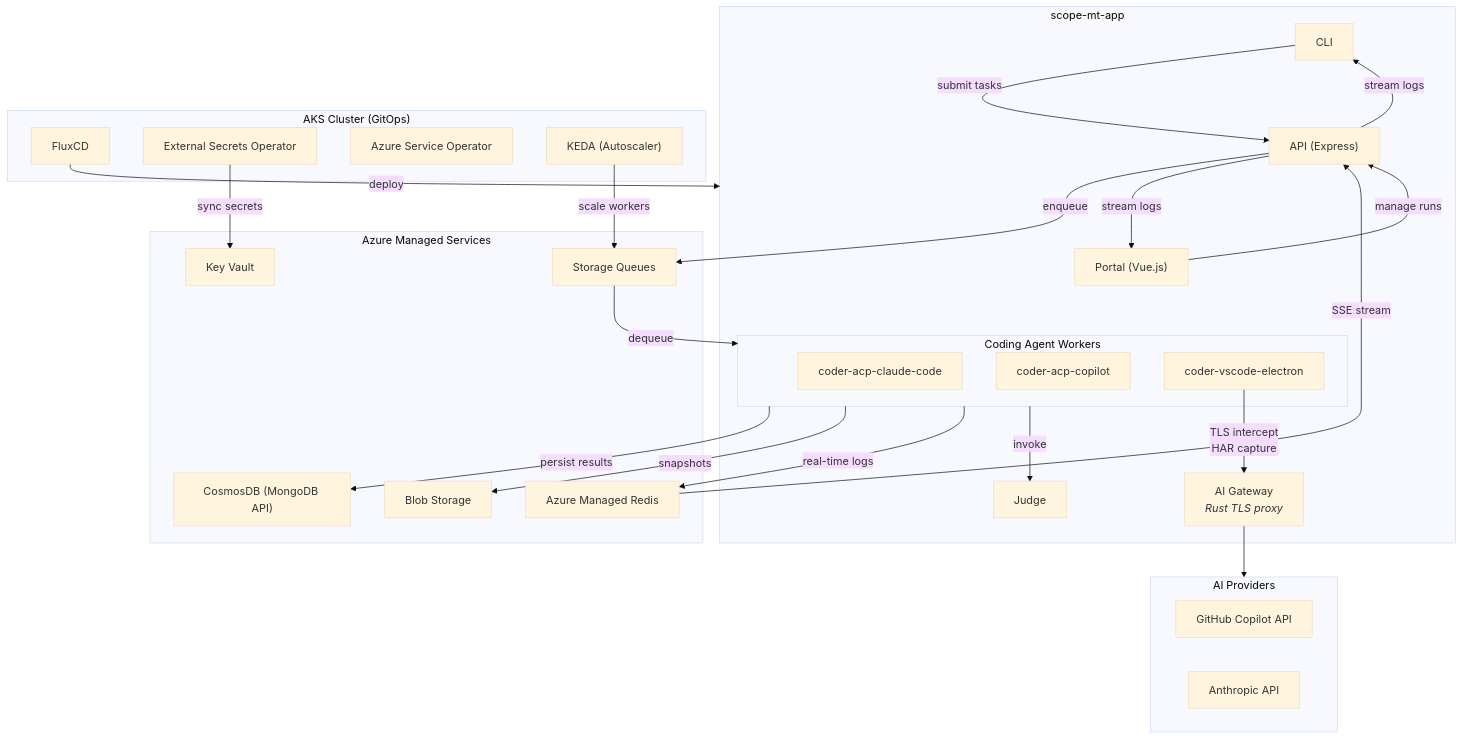
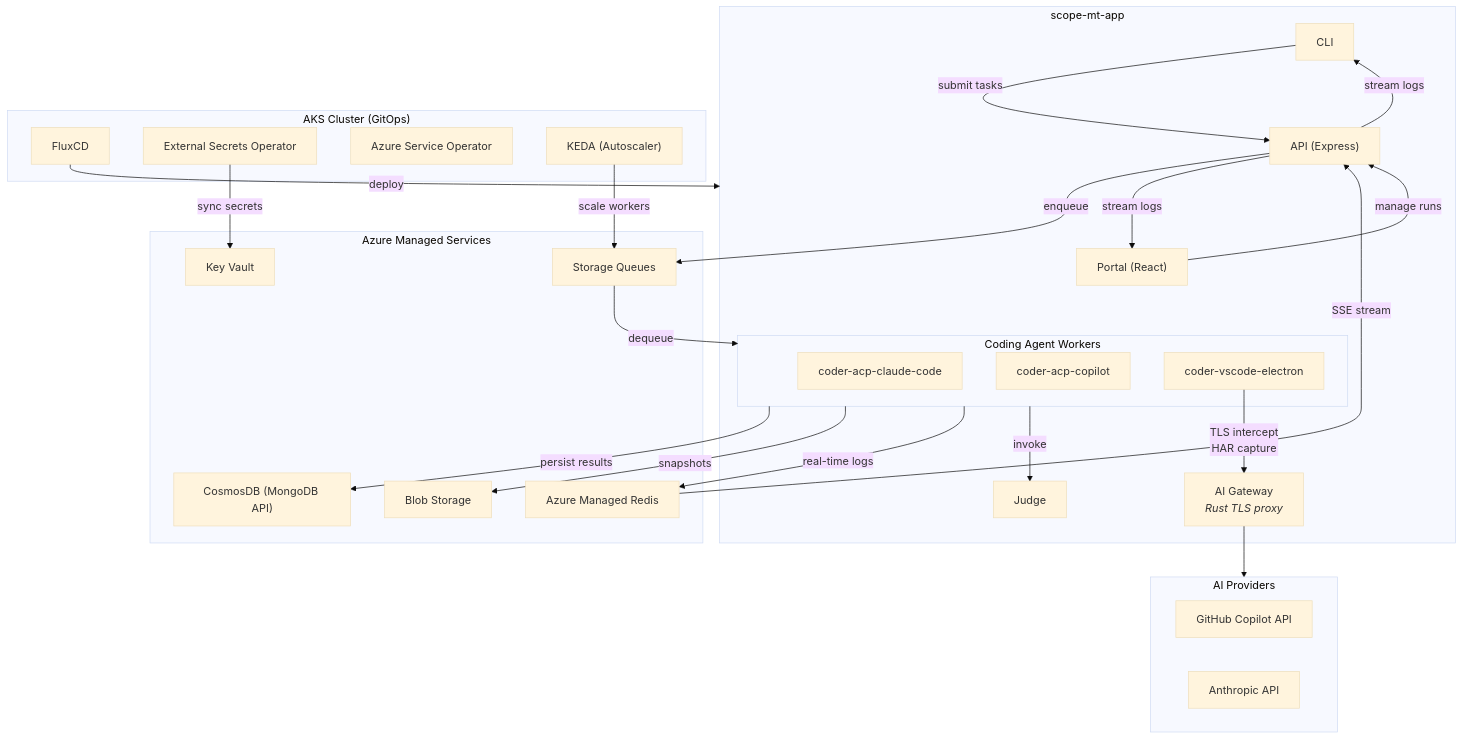
Before and after one commit to Gile987/scope: the diagram in docs/architecture/overview.md, drawn with Mermaid (base theme). The commit also changed other lines of this file and 5 other files, not shown here.

````diff
--- a/docs/architecture/overview.md
+++ b/docs/architecture/overview.md
@@ -9,52 +9,52 @@
 ```mermaid
 flowchart TB
     subgraph App["scope-mt-app"]
         CLI["CLI"]
-        Portal["Portal (Vue.js)"]
+        Portal["Portal (React)"]
         API["API (Express)"]
         Judge["Judge"]
         GW["AI Gateway<br/><i>Rust TLS proxy</i>"]
         subgraph Workers["Coding Agent Workers"]
             Claude["coder-acp-claude-code"]
             Copilot["coder-acp-copilot"]
             VSCodeElectron["coder-vscode-electron"]
         end
     end
 
     subgraph Azure["Azure Managed Services"]
         Queues["Storage Queues"]
         CosmosDB["CosmosDB (MongoDB API)"]
         Redis["Azure Managed Redis"]
         KV["Key Vault"]
         Blob["Blob Storage"]
     end
 
     subgraph AKS["AKS Cluster (GitOps)"]
         Flux["FluxCD"]
         ESO["External Secrets Operator"]
         ASO["Azure Service Operator"]
         KEDA["KEDA (Autoscaler)"]
     end
 
     subgraph AI["AI Providers"]
         CopilotAPI["GitHub Copilot API"]
         AnthropicAPI["Anthropic API"]
     end
 
     CLI -->|submit tasks| API
     Portal -->|manage runs| API
     API -->|enqueue| Queues
     Queues -->|dequeue| Workers
     Workers -->|persist results| CosmosDB
     Workers -->|snapshots| Blob
     Workers -->|real-time logs| Redis
     Workers -->|invoke| Judge
     VSCodeElectron -->|"TLS intercept<br/>HAR capture"| GW
     GW --> AI
     Redis -->|SSE stream| API
     API -->|stream logs| CLI
     API -->|stream logs| Portal
     ESO -->|sync secrets| KV
     KEDA -->|scale workers| Queues
     Flux -->|deploy| App
 ```
````
